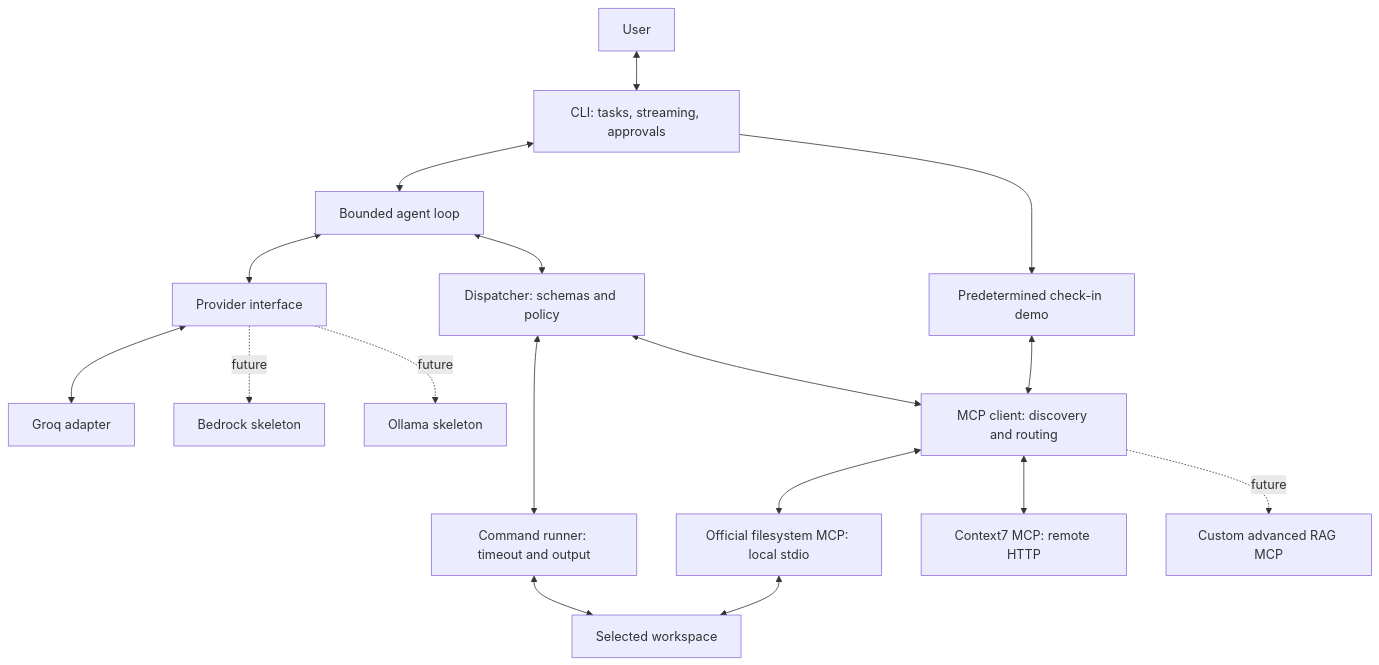
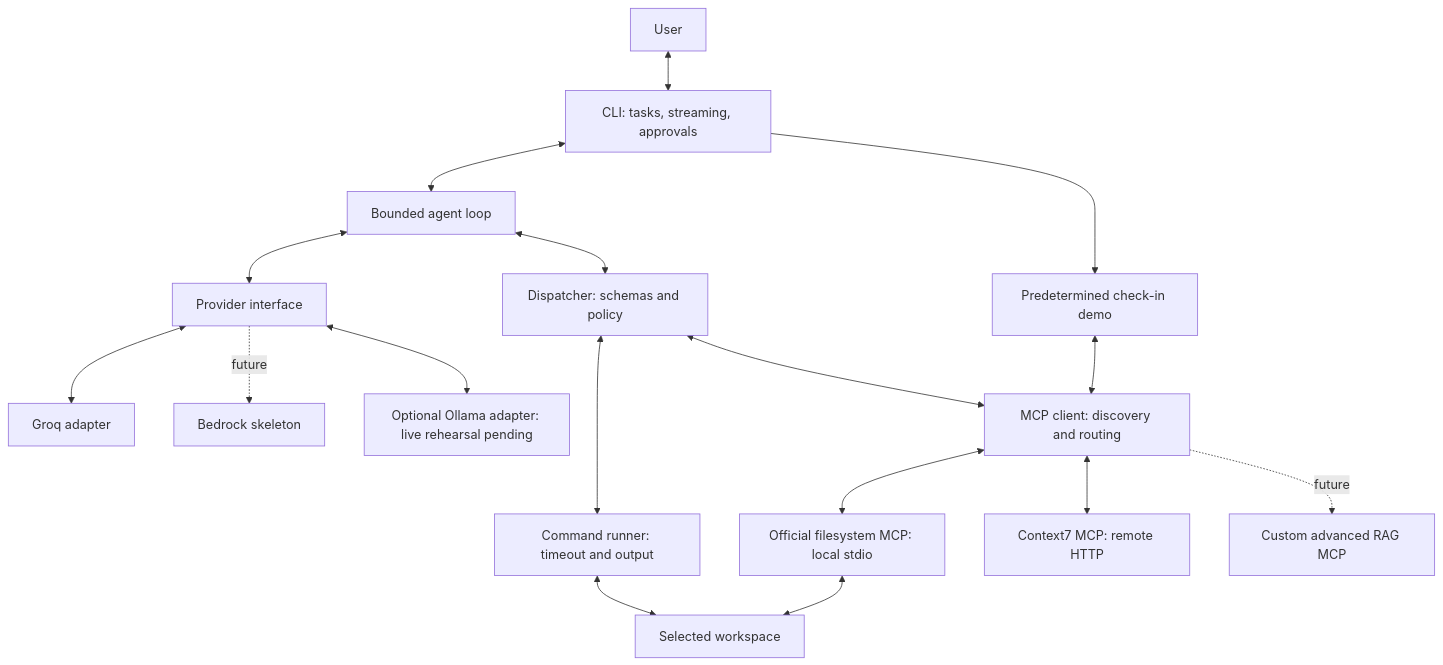
Before and after one commit to rvfvn/Edric-CLI: the first of 4 diagrams in docs/architecture.md, drawn with Mermaid. The commit also changed other lines of this file and 11 other files, not shown here.

````diff
--- a/docs/architecture.md
+++ b/docs/architecture.md
@@ -9,19 +10,19 @@
 ```mermaid
 flowchart TB
     U[User] <--> CLI[CLI: tasks, streaming, approvals]
     CLI <--> A[Bounded agent loop]
     CLI --> DEMO[Predetermined check-in demo]
     A <--> P[Provider interface]
     P <--> G[Groq adapter]
     P -. future .-> AWS[Bedrock skeleton]
-    P -. future .-> O[Ollama skeleton]
+    P <--> O[Optional Ollama adapter: live rehearsal pending]
     A <--> D[Dispatcher: schemas and policy]
     D <--> CMD[Command runner: timeout and output]
     D <--> M[MCP client: discovery and routing]
     DEMO <--> M
     M <--> FS[Official filesystem MCP: local stdio]
     M <--> C[Context7 MCP: remote HTTP]
     M -. future .-> R[Custom advanced RAG MCP]
     FS <--> W[Selected workspace]
     CMD <--> W
 ```
````
